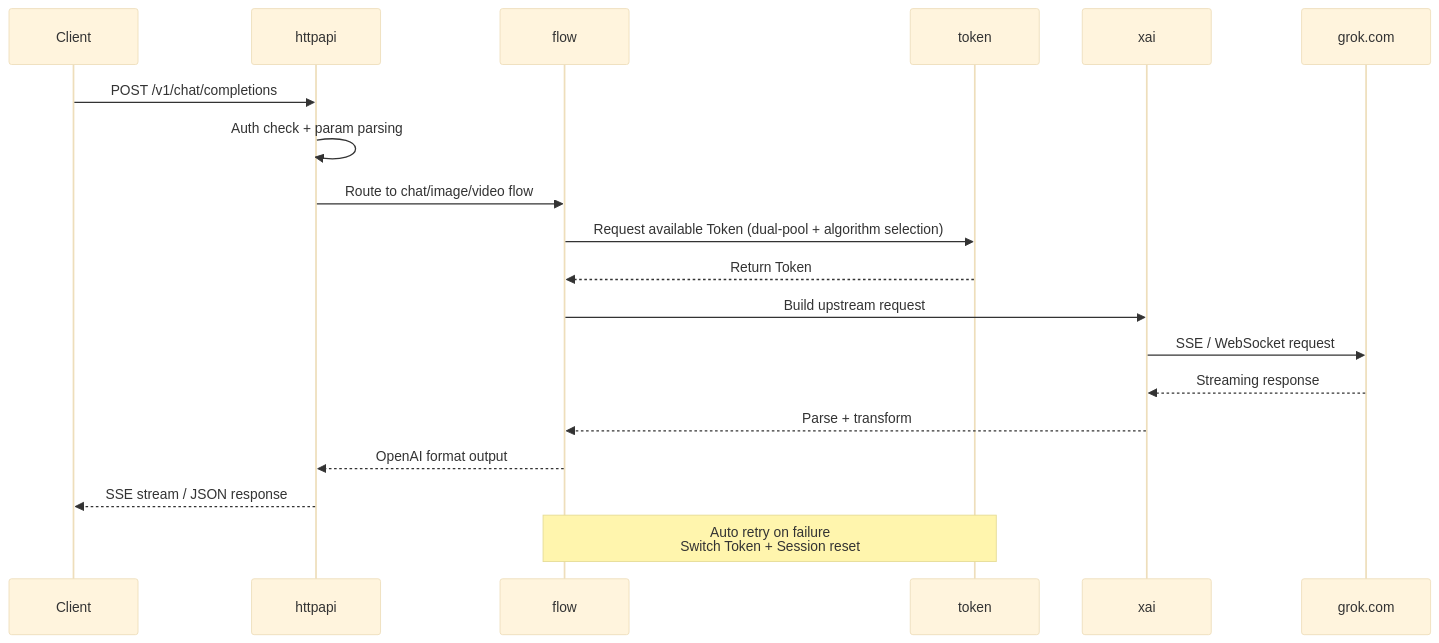
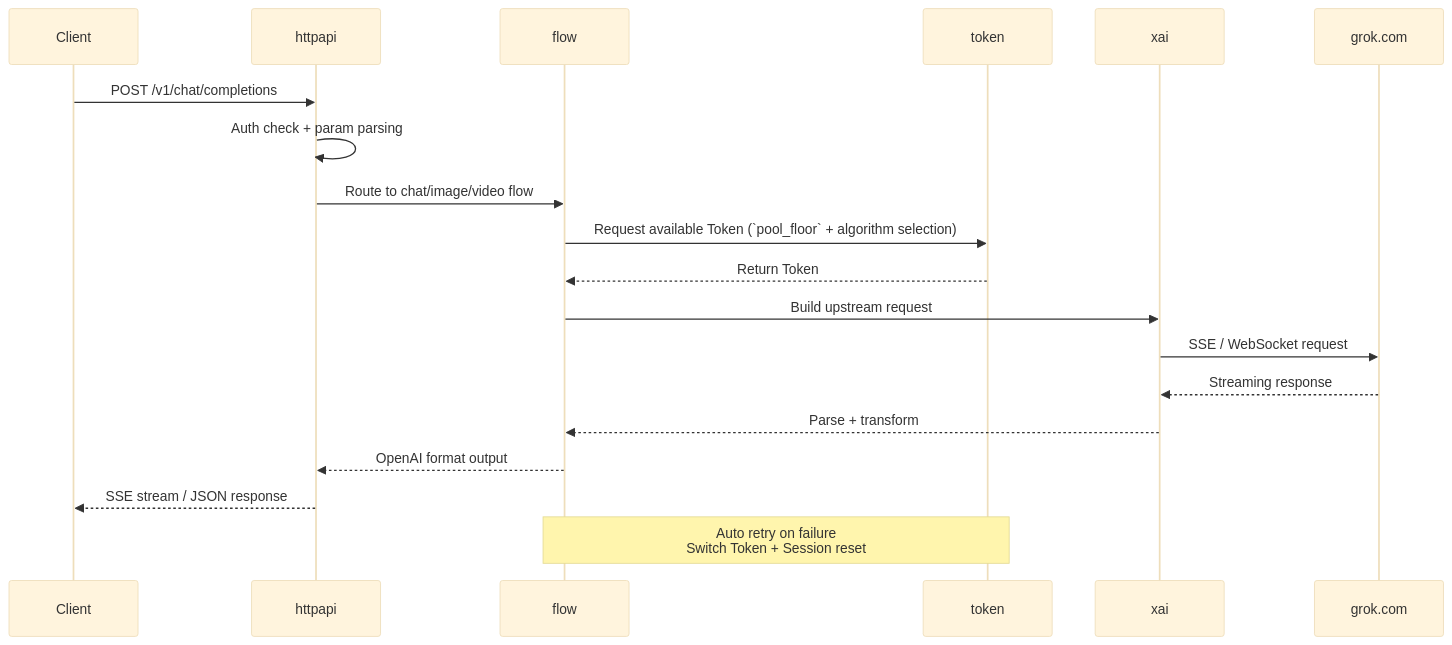
The diagram in README.md (crmmc/grokforge), drawn with Mermaid (base theme) before and after one commit. The commit also changed other lines of this file and 86 other files, not shown here.

````diff
--- a/README.md
+++ b/README.md
@@ -311,23 +304,23 @@
 ```mermaid
 sequenceDiagram
     participant C as Client
     participant H as httpapi
     participant F as flow
     participant T as token
     participant X as xai
     participant G as grok.com
 
     C->>H: POST /v1/chat/completions
     H->>H: Auth check + param parsing
     H->>F: Route to chat/image/video flow
-    F->>T: Request available Token (dual-pool + algorithm selection)
+    F->>T: Request available Token (`pool_floor` + algorithm selection)
     T-->>F: Return Token
     F->>X: Build upstream request
     X->>G: SSE / WebSocket request
     G-->>X: Streaming response
     X-->>F: Parse + transform
     F-->>H: OpenAI format output
     H-->>C: SSE stream / JSON response
 
     Note over F,T: Auto retry on failure<br/>Switch Token + Session reset
 ```
````
